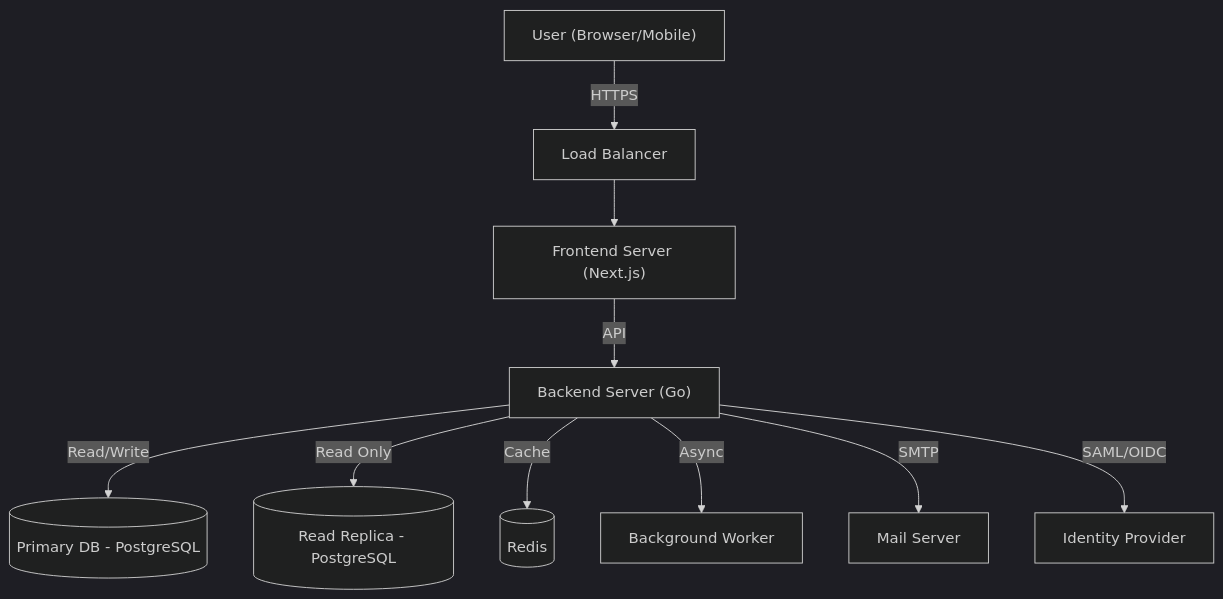
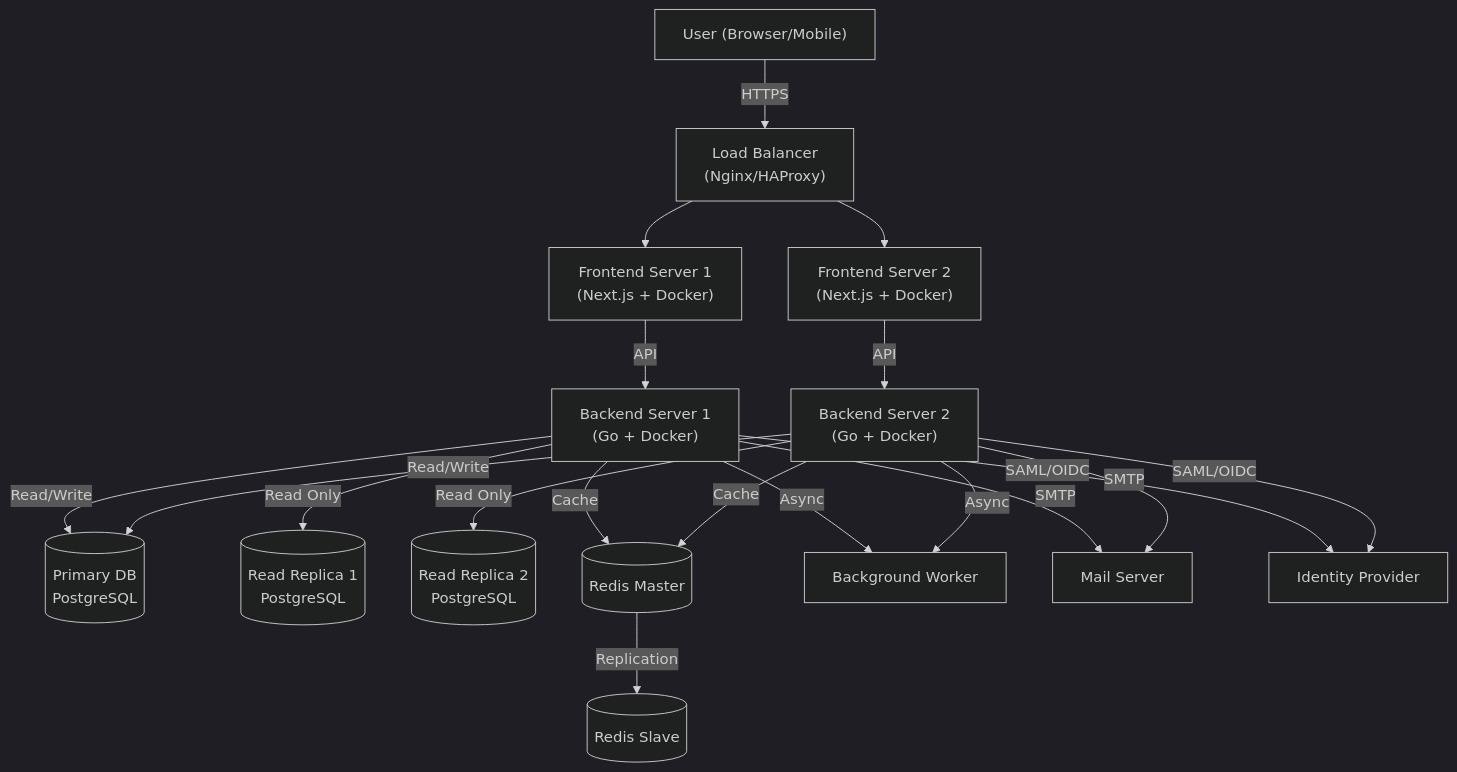
Before and after one commit to zurustar/aiexb2: the first of 4 diagrams in docs/basic_design.md, drawn with Mermaid (dark theme). The commit also changed other lines of this file and 2 other files, not shown here.

````diff
--- a/docs/basic_design.md
+++ b/docs/basic_design.md
@@ -28,12 +28,21 @@
 ```mermaid
 graph TD
-    User["User (Browser/Mobile)"] -->|HTTPS| LB[Load Balancer]
-    LB --> FE["Frontend Server (Next.js)"]
-    FE -->|API| BE["Backend Server (Go)"]
-    BE -->|Read/Write| DB[(Primary DB - PostgreSQL)]
-    BE -->|Read Only| DB_Read[(Read Replica - PostgreSQL)]
-    BE -->|Cache| Redis[(Redis)]
-    BE -->|Async| Worker[Background Worker]
-    BE -->|SMTP| Mail[Mail Server]
-    BE -->|SAML/OIDC| IdP[Identity Provider]
+    User["User (Browser/Mobile)"] -->|HTTPS| LB["Load Balancer<br/>(Nginx/HAProxy)"]
+    LB --> FE1["Frontend Server 1<br/>(Next.js + Docker)"]
+    LB --> FE2["Frontend Server 2<br/>(Next.js + Docker)"]
+    FE1 -->|API| BE1["Backend Server 1<br/>(Go + Docker)"]
+    FE2 -->|API| BE2["Backend Server 2<br/>(Go + Docker)"]
+    BE1 -->|Read/Write| DB[(Primary DB<br/>PostgreSQL)]
+    BE2 -->|Read/Write| DB
+    BE1 -->|Read Only| DB_Read1[(Read Replica 1<br/>PostgreSQL)]
+    BE2 -->|Read Only| DB_Read2[(Read Replica 2<br/>PostgreSQL)]
+    BE1 -->|Cache| Redis_M[(Redis Master)]
+    BE2 -->|Cache| Redis_M
+    Redis_M -->|Replication| Redis_S[(Redis Slave)]
+    BE1 -->|Async| Worker[Background Worker]
+    BE2 -->|Async| Worker
+    BE1 -->|SMTP| Mail[Mail Server]
+    BE2 -->|SMTP| Mail
+    BE1 -->|SAML/OIDC| IdP[Identity Provider]
+    BE2 -->|SAML/OIDC| IdP
 ```
````
